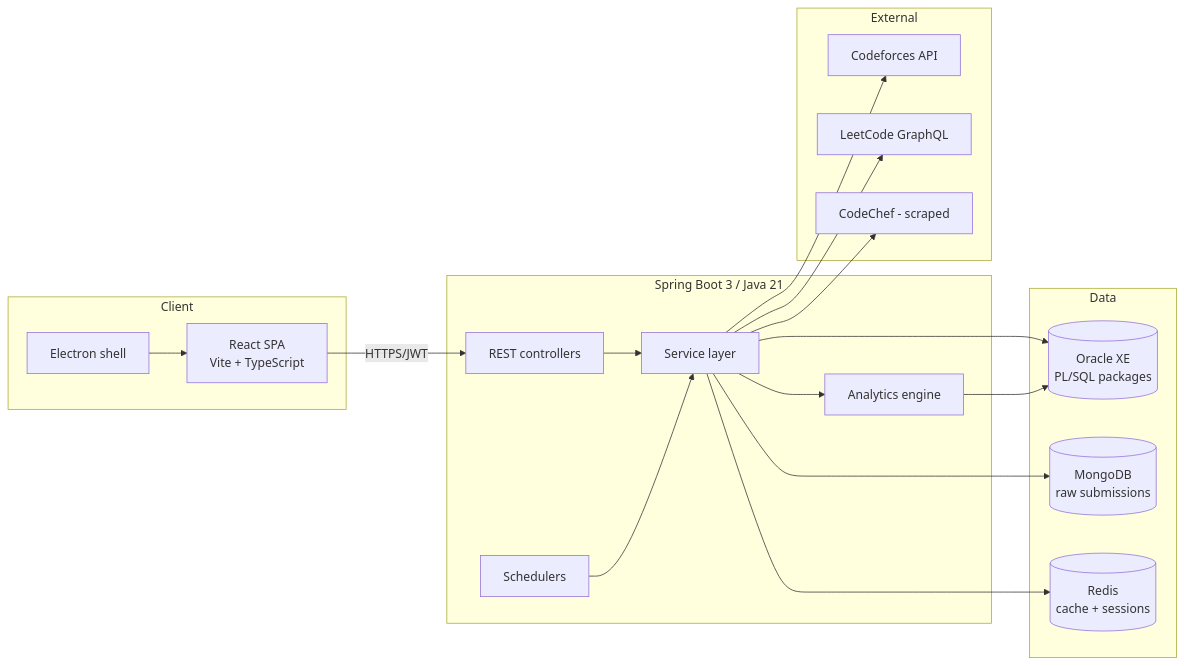
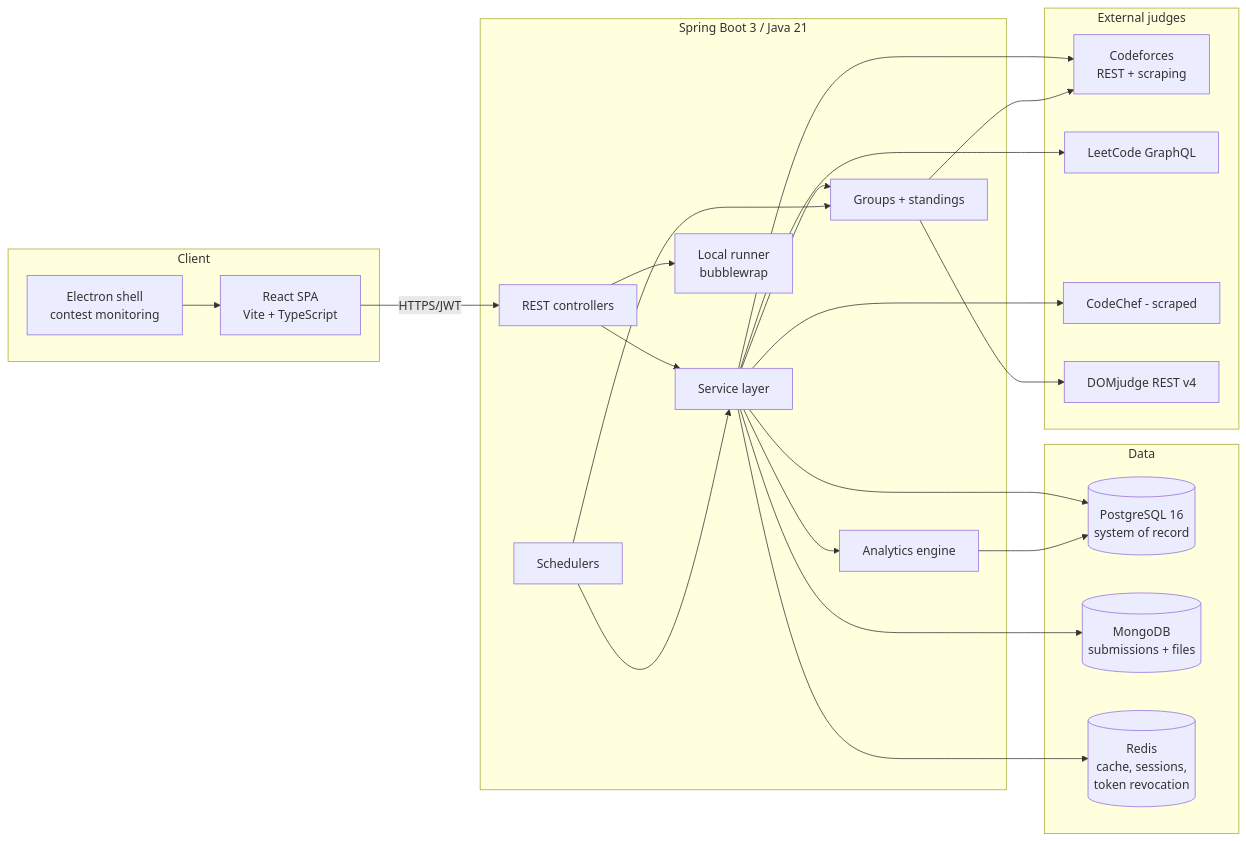
The first of 5 diagrams in docs/ARCHITECTURE.md (ayushtiwari1405/cpintel), drawn with Mermaid before and after one commit. The commit also changed other lines of this file and 307 other files, not shown here.

First line of the commit message:
Rebuild CPIntel on Postgres and Mongo, add groups, practice and compete

````diff
--- a/docs/ARCHITECTURE.md
+++ b/docs/ARCHITECTURE.md
@@ -5,39 +17,47 @@
 ```mermaid
 flowchart LR
     subgraph Client
         FE[React SPA<br/>Vite + TypeScript]
-        EL[Electron shell]
+        EL[Electron shell<br/>contest monitoring]
     end
 
     subgraph Backend [Spring Boot 3 / Java 21]
         API[REST controllers]
         SVC[Service layer]
         ANL[Analytics engine]
+        GRP[Groups + standings]
+        RUN[Local runner<br/>bubblewrap]
         SCH[Schedulers]
     end
 
     subgraph Data
-        ORA[(Oracle XE<br/>PL/SQL packages)]
-        MON[(MongoDB<br/>raw submissions)]
-        RED[(Redis<br/>cache + sessions)]
+        PG[(PostgreSQL 16<br/>system of record)]
+        MON[(MongoDB<br/>submissions + files)]
+        RED[(Redis<br/>cache, sessions,<br/>token revocation)]
     end
 
-    subgraph External
-        CF[Codeforces API]
+    subgraph Judges [External judges]
+        CF[Codeforces<br/>REST + scraping]
         LC[LeetCode GraphQL]
         CC[CodeChef - scraped]
+        DJ[DOMjudge REST v4]
     end
 
     EL --> FE
     FE -- HTTPS/JWT --> API
     API --> SVC
+    API --> RUN
     SVC --> ANL
-    SVC --> ORA
+    SVC --> GRP
+    SVC --> PG
     SVC --> MON
     SVC --> RED
-    ANL --> ORA
+    ANL --> PG
     SCH --> SVC
+    SCH --> GRP
     SVC --> CF
     SVC --> LC
     SVC --> CC
+    GRP --> CF
+    GRP --> DJ
 ```
````
